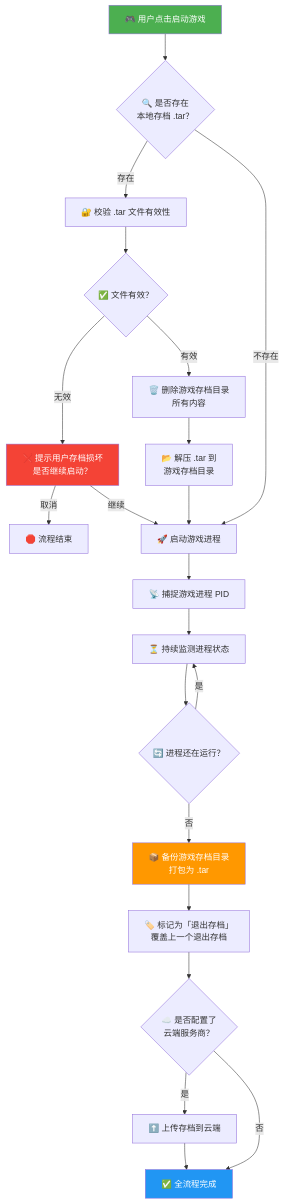
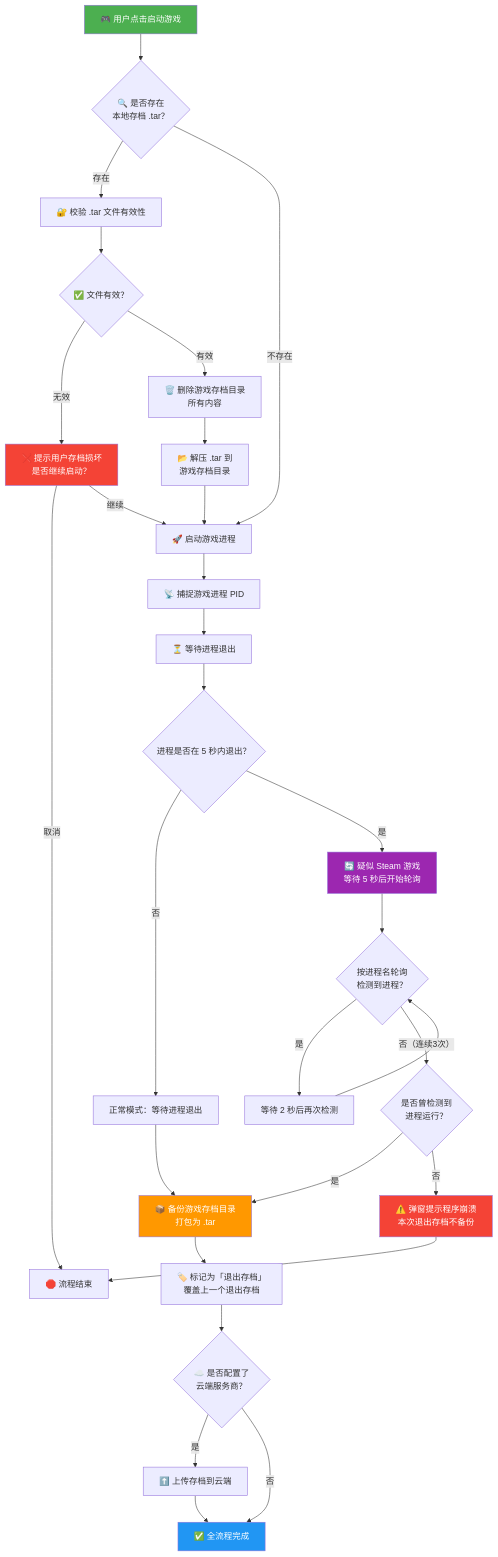
The fourth of 12 diagrams in docs/开发文档.md (yxsj245/gamesave), drawn with Mermaid before and after one commit. The commit also changed other lines of this file and 13 other files, not shown here.

````diff
--- a/docs/开发文档.md
+++ b/docs/开发文档.md
@@ -244,30 +246,41 @@
 ```mermaid
 flowchart TD
     A["🎮 用户点击启动游戏"] --> B{"🔍 是否存在<br/>本地存档 .tar？"}
     B -- 存在 --> C["🔐 校验 .tar 文件有效性"]
     B -- 不存在 --> H
 
     C --> D{"✅ 文件有效？"}
     D -- 无效 --> E["❌ 提示用户存档损坏<br/>是否继续启动？"]
     E -- 取消 --> Z["🛑 流程结束"]
     E -- 继续 --> H
     D -- 有效 --> F["🗑️ 删除游戏存档目录<br/>所有内容"]
     F --> G["📂 解压 .tar 到<br/>游戏存档目录"]
     G --> H
 
     H["🚀 启动游戏进程"] --> I["📡 捕捉游戏进程 PID"]
-    I --> J["⏳ 持续监测进程状态"]
-    J --> K{"🔄 进程还在运行？"}
-    K -- 是 --> J
-    K -- 否 --> L["📦 备份游戏存档目录<br/>打包为 .tar"]
-    L --> M["🏷️ 标记为「退出存档」<br/>覆盖上一个退出存档"]
+    I --> J["⏳ 等待进程退出"]
+    J --> K{"进程是否在 5 秒内退出？"}
+    K -- 否 --> L["正常模式：等待进程退出"]
+    L --> BACKUP
+    K -- 是 --> STEAM["🔄 疑似 Steam 游戏<br/>等待 5 秒后开始轮询"]
+    STEAM --> POLL{"按进程名轮询<br/>检测到进程？"}
+    POLL -- 是 --> WAIT["等待 2 秒后再次检测"]
+    WAIT --> POLL
+    POLL -- "否（连续3次）" --> EVER{"是否曾检测到<br/>进程运行？"}
+    EVER -- 是 --> BACKUP
+    EVER -- 否 --> CRASH["⚠️ 弹窗提示程序崩溃<br/>本次退出存档不备份"]
+    CRASH --> Z
+
+    BACKUP["📦 备份游戏存档目录<br/>打包为 .tar"] --> M["🏷️ 标记为「退出存档」<br/>覆盖上一个退出存档"]
     M --> N{"☁️ 是否配置了<br/>云端服务商？"}
     N -- 是 --> O["⬆️ 上传存档到云端"]
     O --> P["✅ 全流程完成"]
     N -- 否 --> P
 
     style A fill:#4CAF50,color:#fff
     style P fill:#2196F3,color:#fff
     style E fill:#f44336,color:#fff
-    style L fill:#FF9800,color:#fff
+    style CRASH fill:#f44336,color:#fff
+    style BACKUP fill:#FF9800,color:#fff
+    style STEAM fill:#9C27B0,color:#fff
 ```
````
